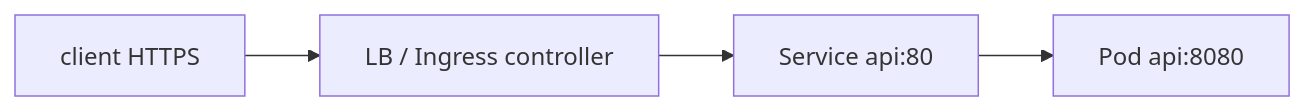
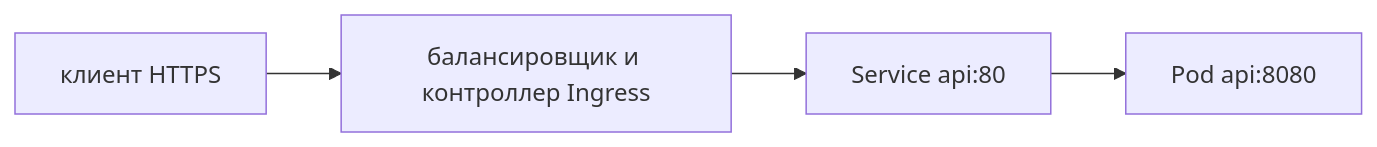
One commit to leary1337/vault changed the diagram in docs/containers/kubernetes/ingress.md. Above: the diagram before and after it, drawn with Mermaid. The commit also changed other lines of this file and 325 other files, not shown here.

````diff
--- a/docs/containers/kubernetes/ingress.md
+++ b/docs/containers/kubernetes/ingress.md
@@ -52,6 +32,6 @@
 ```mermaid
 flowchart LR
-    C["client HTTPS"] --> L["LB / Ingress controller"]
+    C["клиент HTTPS"] --> L["балансировщик и контроллер Ingress"]
     L --> S["Service api:80"]
     S --> P["Pod api:8080"]
 ```
````
